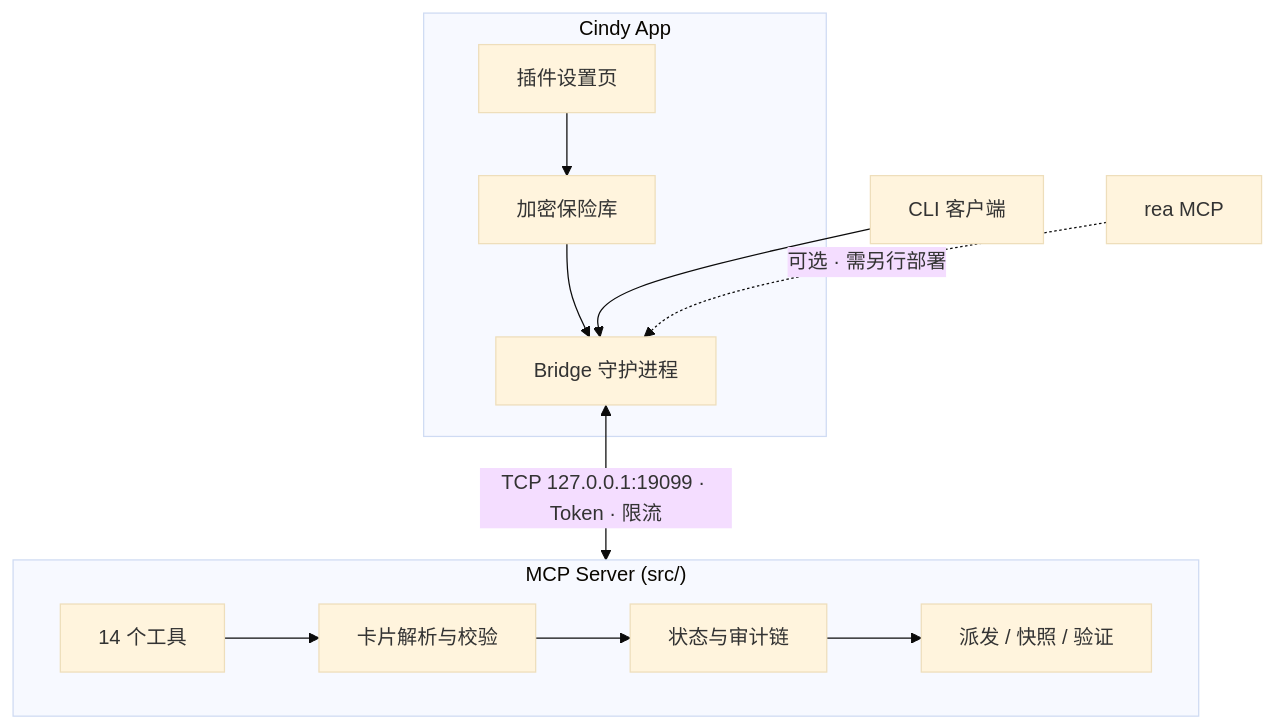
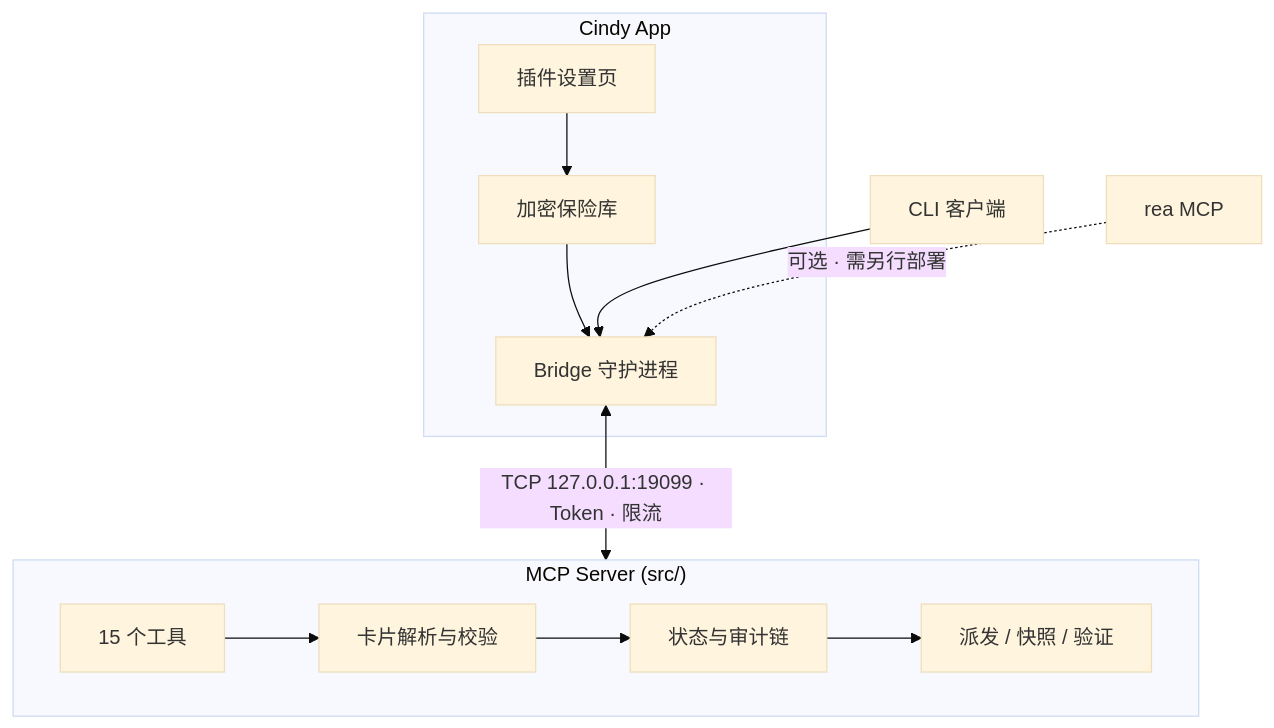
One commit to skyer-now/carlos-flow changed the third of 3 diagrams in README.md. Above: the diagram before and after it, drawn with Mermaid (base theme). The commit also changed other lines of this file and 6 other files, not shown here.

````diff
--- a/README.md
+++ b/README.md
@@ -377,15 +377,15 @@
 ```mermaid
 flowchart TB
     subgraph Cindy["Cindy App"]
         UI[插件设置页] --> ENV[加密保险库]
         ENV --> BR[Bridge 守护进程]
     end
     subgraph Server["MCP Server (src/)"]
-        T[14 个工具] --> C[卡片解析与校验]
+        T[15 个工具] --> C[卡片解析与校验]
         C --> S[状态与审计链]
         S --> D[派发 / 快照 / 验证]
     end
     BR <-- "TCP 127.0.0.1:19099 · Token · 限流" --> Server
     CLI[CLI 客户端] --> BR
     REA[rea MCP] -. 可选 · 需另行部署 .-> BR
 ```
````
